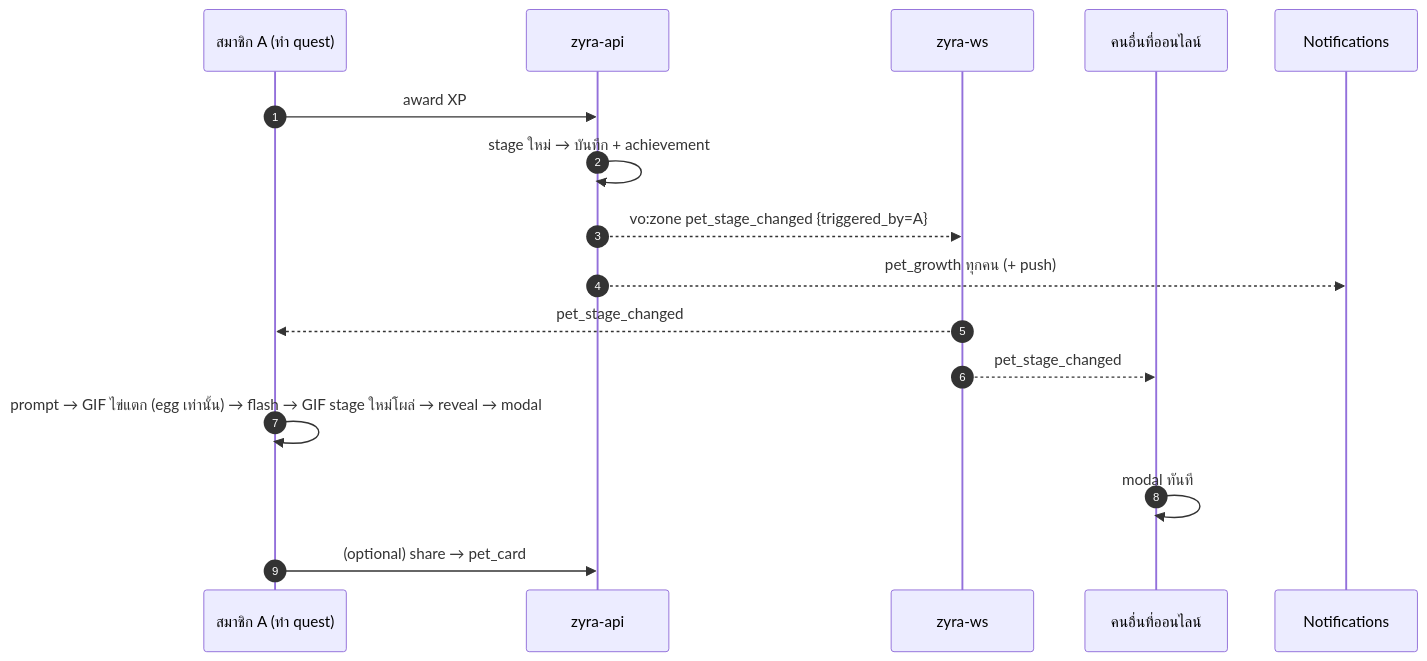
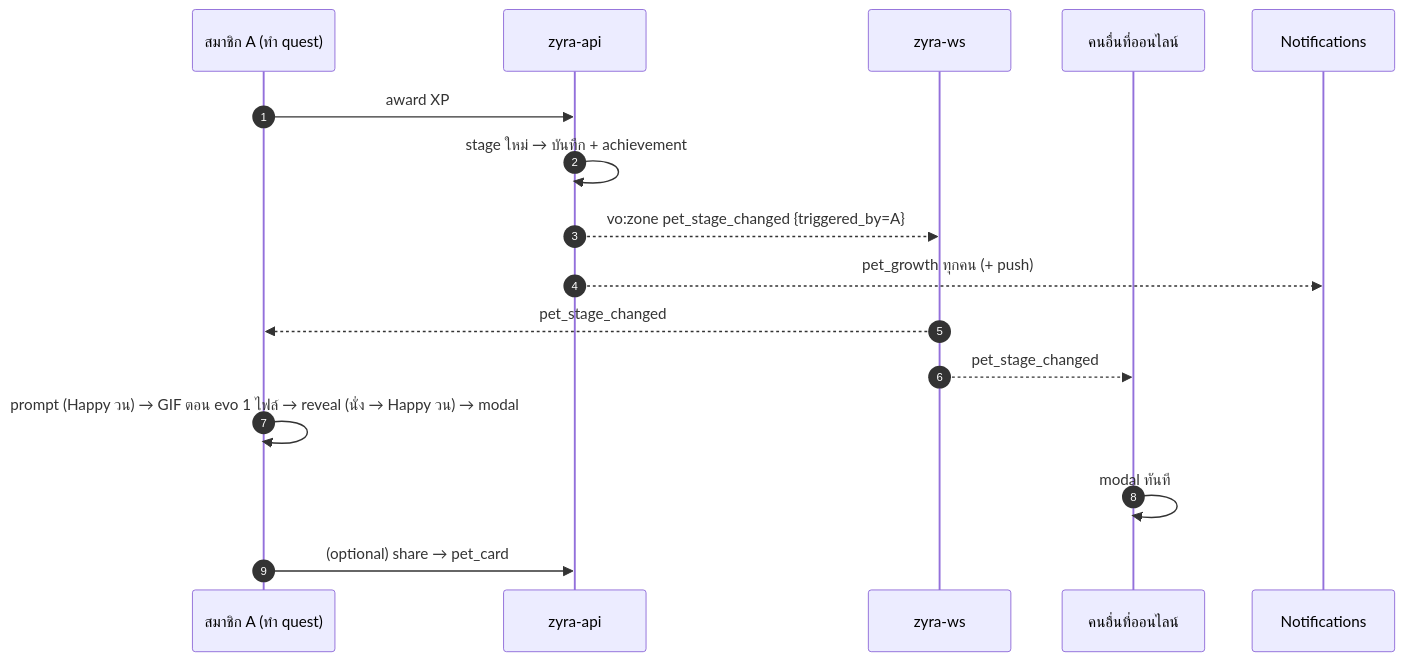
One commit to N2Pluto/zyra-doc changed the diagram in plan/Roompet/evolution-flow.md. Above: the diagram before and after it, drawn with Mermaid. The commit also changed other lines of this file, not shown here.

Commit message:
docs(roompet): round 73 — the growth sequence is four steps

````diff
--- a/plan/Roompet/evolution-flow.md
+++ b/plan/Roompet/evolution-flow.md
@@ -42,18 +42,18 @@
 ```mermaid
 sequenceDiagram
   autonumber
   participant A as สมาชิก A (ทำ quest)
   participant API as zyra-api
   participant WS as zyra-ws
   participant B as คนอื่นที่ออนไลน์
   participant N as Notifications
   A->>API: award XP
   API->>API: stage ใหม่ → บันทึก + achievement
   API-->>WS: vo:zone pet_stage_changed {triggered_by=A}
   API-->>N: pet_growth ทุกคน (+ push)
   WS-->>A: pet_stage_changed
   WS-->>B: pet_stage_changed
-  A->>A: prompt → GIF ไข่แตก (egg เท่านั้น) → flash → GIF stage ใหม่โผล่ → reveal → modal
+  A->>A: prompt (Happy วน) → GIF ตอน evo 1 ไฟล์ → reveal (นั่ง → Happy วน) → modal
   B->>B: modal ทันที
   A->>API: (optional) share → pet_card
 ```
````
